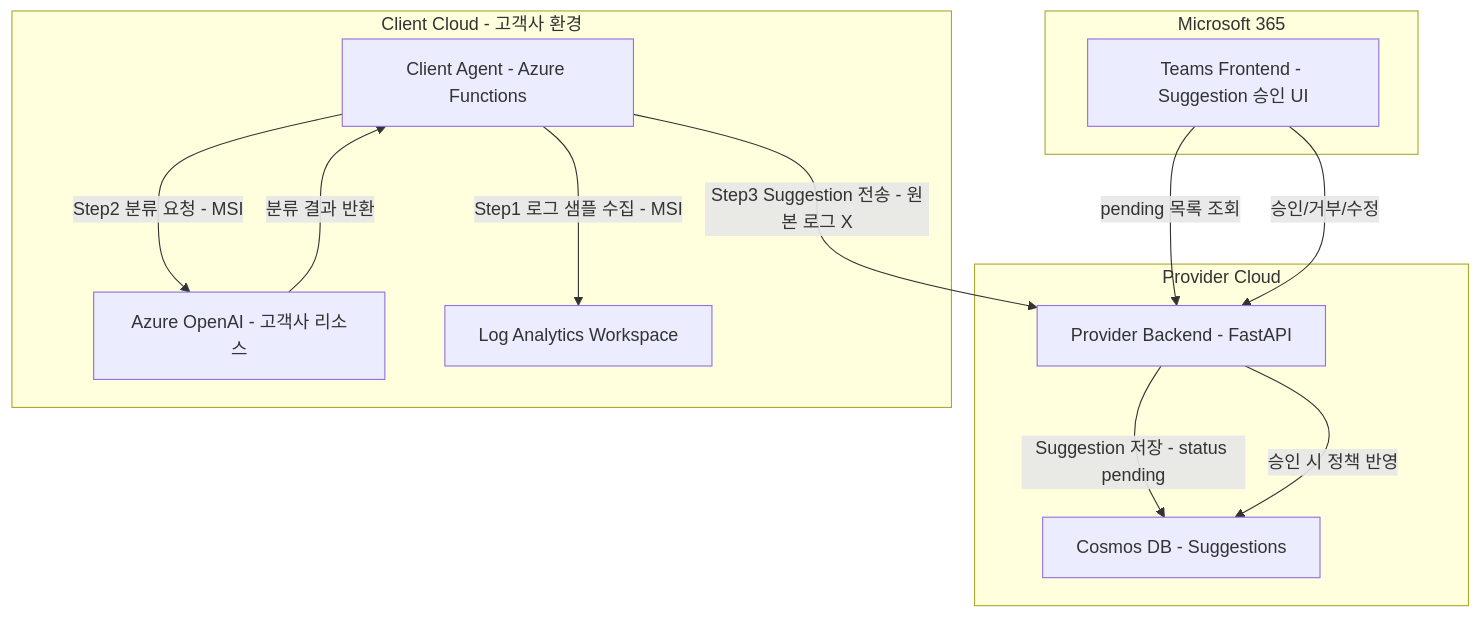
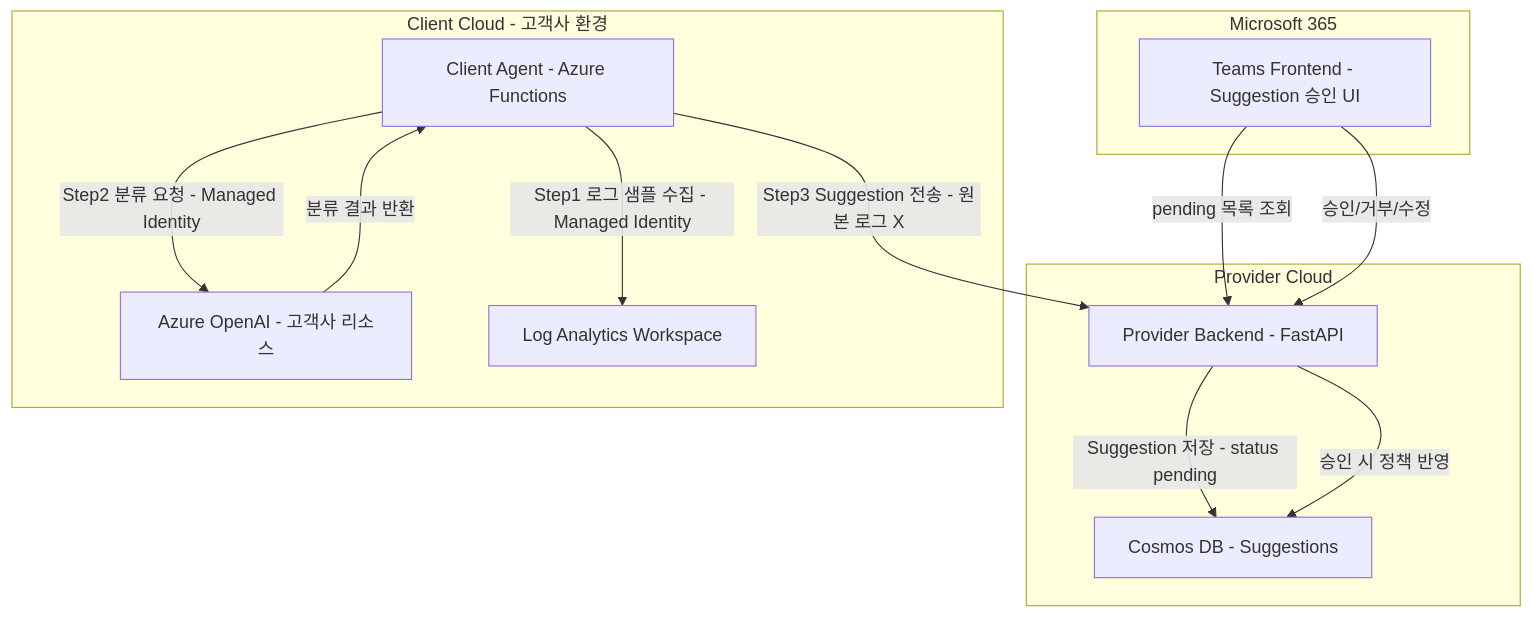
Before and after one commit to chjcmy/study: diagram 21 of 30 in azure/projects/log-doctor-plan.md, drawn with Mermaid. The commit also changed other lines of this file and 2 other files, not shown here.

````diff
--- a/azure/projects/log-doctor-plan.md
+++ b/azure/projects/log-doctor-plan.md
@@ -899,27 +899,27 @@
 ```mermaid
 graph TB
     subgraph Microsoft 365
         Teams["Teams Frontend - Suggestion 승인 UI"]
     end
 
     subgraph Provider Cloud
         PB["Provider Backend - FastAPI"]
         CosmosDB["Cosmos DB - Suggestions"]
     end
 
     subgraph Client Cloud - 고객사 환경
         Agent["Client Agent - Azure Functions"]
         AOAI["Azure OpenAI - 고객사 리소스"]
         LAW["Log Analytics Workspace"]
     end
 
-    Agent -->|Step1 로그 샘플 수집 - MSI| LAW
-    Agent -->|Step2 분류 요청 - MSI| AOAI
+    Agent -->|Step1 로그 샘플 수집 - Managed Identity| LAW
+    Agent -->|Step2 분류 요청 - Managed Identity| AOAI
     AOAI -->|분류 결과 반환| Agent
     Agent -->|Step3 Suggestion 전송 - 원본 로그 X| PB
     PB -->|Suggestion 저장 - status pending| CosmosDB
 
     Teams -->|pending 목록 조회| PB
     Teams -->|승인/거부/수정| PB
     PB -->|승인 시 정책 반영| CosmosDB
 ```
````
